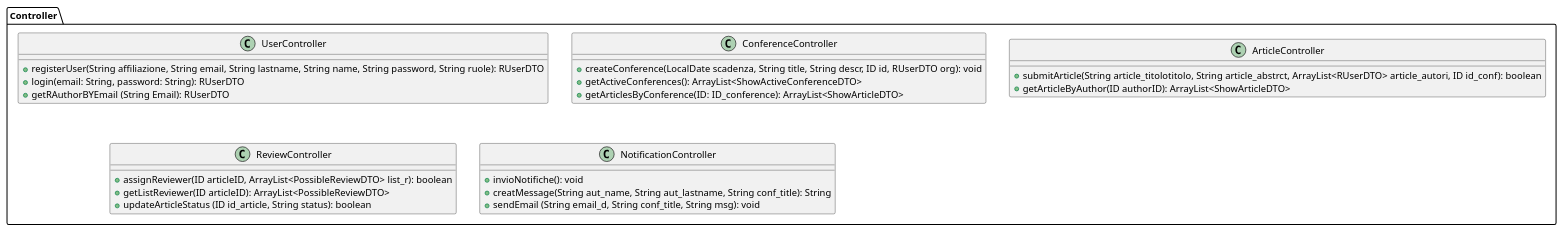
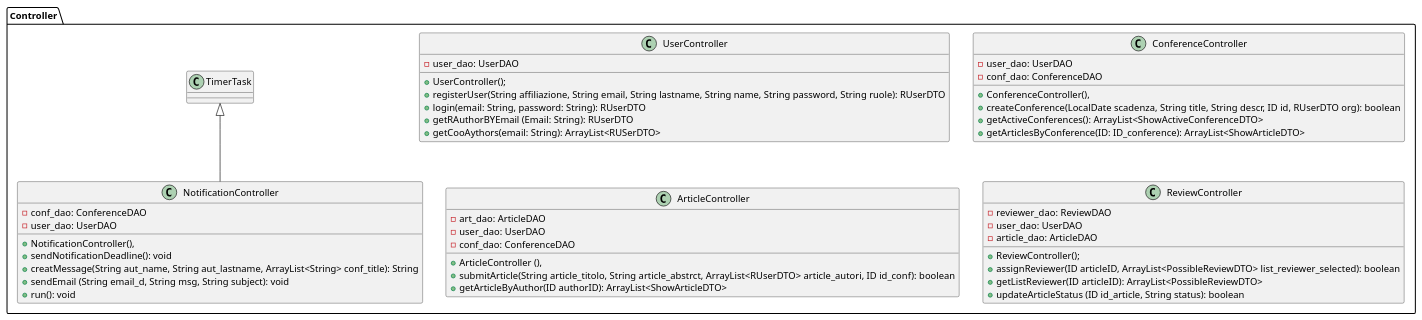
Before and after one commit to Air4x/Progetto_ISW: the diagram in VisualParadigm/diagramma_prg_controller.puml, drawn with PlantUML. The commit also changed 2 other files, not shown here.

Commit message:
Aggiornati diagrammi di progettazione dei vari package

```diff
--- a/VisualParadigm/diagramma_prg_controller.puml
+++ b/VisualParadigm/diagramma_prg_controller.puml
@@ -1,34 +1,54 @@
 @startuml
 package Controller {
 
   class UserController {
+    - user_dao: UserDAO
+    + UserController();
     + registerUser(String affiliazione, String email, String lastname, String name, String password, String ruole): RUserDTO
     + login(email: String, password: String): RUserDTO
-    + getRAuthorBYEmail (String Email): RUserDTO
+    + getRAuthorBYEmail (Email: String): RUserDTO
+    + getCooAythors(email: String): ArrayList<RUSerDTO>
   }
 
   class ConferenceController {
-    + createConference(LocalDate scadenza, String title, String descr, ID id, RUserDTO org): void
+    - user_dao: UserDAO
+    - conf_dao: ConferenceDAO
+    + ConferenceController(),
+    + createConference(LocalDate scadenza, String title, String descr, ID id, RUserDTO org): boolean
     + getActiveConferences(): ArrayList<ShowActiveConferenceDTO>
     + getArticlesByConference(ID: ID_conference): ArrayList<ShowArticleDTO>
   }
   
   class ArticleController {
-    + submitArticle(String article_titolotitolo, String article_abstrct,  ArrayList<RUserDTO> article_autori, ID id_conf): boolean
+    - art_dao: ArticleDAO
+    - user_dao: UserDAO
+    - conf_dao: ConferenceDAO
+    + ArticleController (),
+    + submitArticle(String article_titolo, String article_abstrct,  ArrayList<RUserDTO> article_autori, ID id_conf): boolean
     + getArticleByAuthor(ID authorID): ArrayList<ShowArticleDTO>
   }
 
   class ReviewController {
-    + assignReviewer(ID articleID, ArrayList<PossibleReviewDTO> list_r): boolean
+    - reviewer_dao: ReviewDAO
+    - user_dao: UserDAO
+    - article_dao: ArticleDAO
+    + ReviewController();
+    + assignReviewer(ID articleID, ArrayList<PossibleReviewDTO> list_reviewer_selected): boolean
     + getListReviewer(ID articleID): ArrayList<PossibleReviewDTO>
     + updateArticleStatus (ID id_article, String status): boolean
   }
 
   class NotificationController {
-    + invioNotifiche(): void
-    + creatMessage(String aut_name, String aut_lastname, String conf_title): String
-    + sendEmail (String email_d, String conf_title, String msg): void
+    - conf_dao: ConferenceDAO
+    - user_dao: UserDAO
+    + NotificationController(),
+    + sendNotificationDeadline(): void
+    + creatMessage(String aut_name, String aut_lastname, ArrayList<String> conf_title): String
+    + sendEmail (String email_d, String msg, String subject): void
+    + run(): void
   }
+
+TimerTask <|-- NotificationController
 
 }
 @enduml
```
